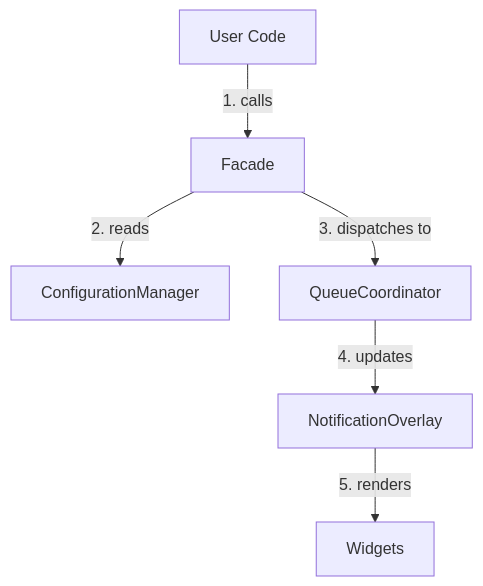
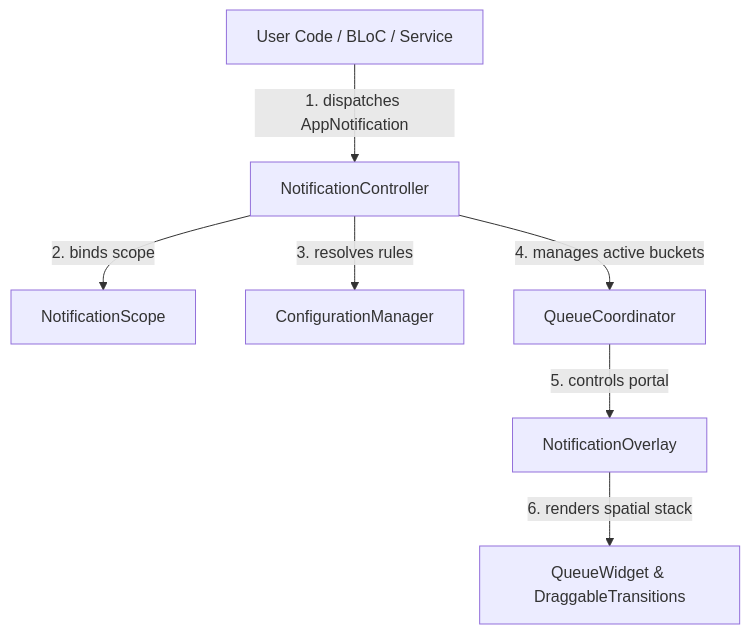
One commit to pooriaaskarim/flutter_notification_queue changed the diagram in doc/core/architecture.md. Above: the diagram before and after it, drawn with Mermaid. The commit also changed other lines of this file and 56 other files, not shown here.

````diff
--- a/doc/core/architecture.md
+++ b/doc/core/architecture.md
@@ -18,8 +23,9 @@
 ```mermaid
 graph TD
-    User[User Code] -->|1. calls| FNQ[Facade]
-    FNQ -->|2. reads| Config[ConfigurationManager]
-    FNQ -->|3. dispatches to| Coord[QueueCoordinator]
-    Coord -->|4. updates| Overlay[NotificationOverlay]
-    Overlay -->|5. renders| UI[Widgets]
+    User[User Code / BLoC / Service] -->|1. dispatches AppNotification| Controller[NotificationController]
+    Controller -->|2. binds scope| Scope[NotificationScope]
+    Controller -->|3. resolves rules| Config[ConfigurationManager]
+    Controller -->|4. manages active buckets| Coord[QueueCoordinator]
+    Coord -->|5. controls portal| Overlay[NotificationOverlay]
+    Overlay -->|6. renders spatial stack| UI[QueueWidget & DraggableTransitions]
 ```
````
